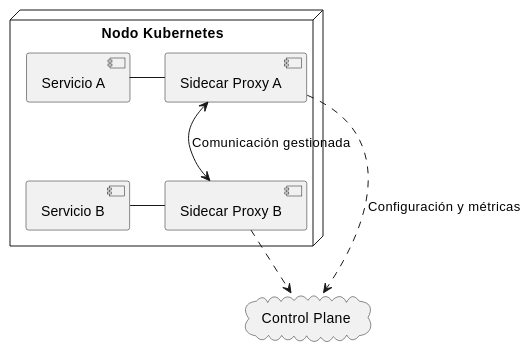
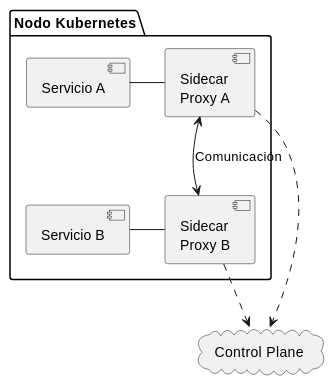
Before and after one commit to rojaldo/k8s_course: the eighth of 12 diagrams in docs/kubernetes_review.adoc, drawn with PlantUML. The commit also changed other lines of this file and 35 other files, not shown here.

```diff
--- a/docs/kubernetes_review.adoc
+++ b/docs/kubernetes_review.adoc
@@ -3302,13 +3310,17 @@
 [plantuml, service-mesh-architecture, png]
 ----
 @startuml
-node "Nodo Kubernetes" {
-  [Servicio A] - [Sidecar Proxy A]
-  [Servicio B] - [Sidecar Proxy B]
+package "Nodo Kubernetes" {
+  component ServA as "Servicio A"
+  component ProxyA as "Sidecar\nProxy A"
+  component ServB as "Servicio B"
+  component ProxyB as "Sidecar\nProxy B"
+  ServA - ProxyA
+  ServB - ProxyB
+  ProxyA <--> ProxyB: Comunicación
 }
-[Sidecar Proxy A] <--> [Sidecar Proxy B] : Comunicación gestionada
-cloud "Control Plane"
-[Sidecar Proxy A] ..> "Control Plane" : Configuración y métricas
-[Sidecar Proxy B] ..> "Control Plane"
+cloud CtrlPlane as "Control Plane"
+ProxyA ..> CtrlPlane
+ProxyB ..> CtrlPlane
 @enduml
 ----
```
